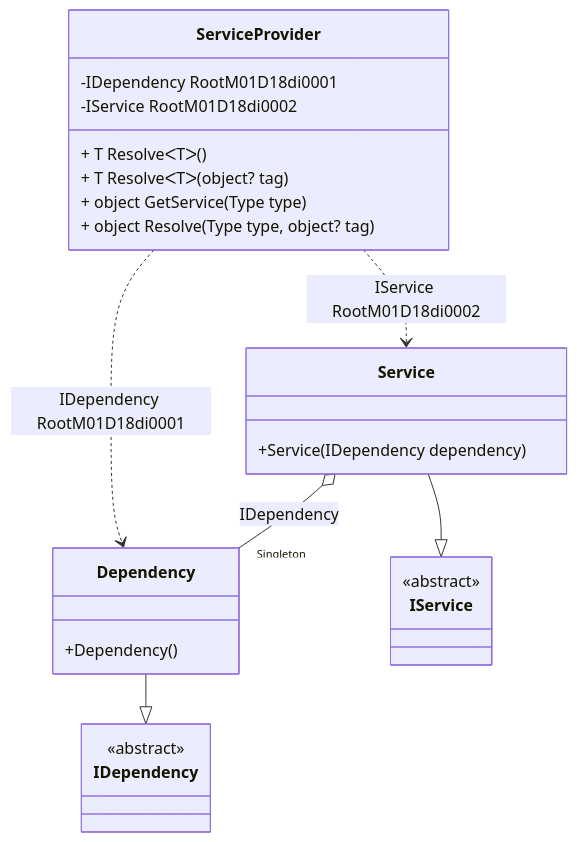
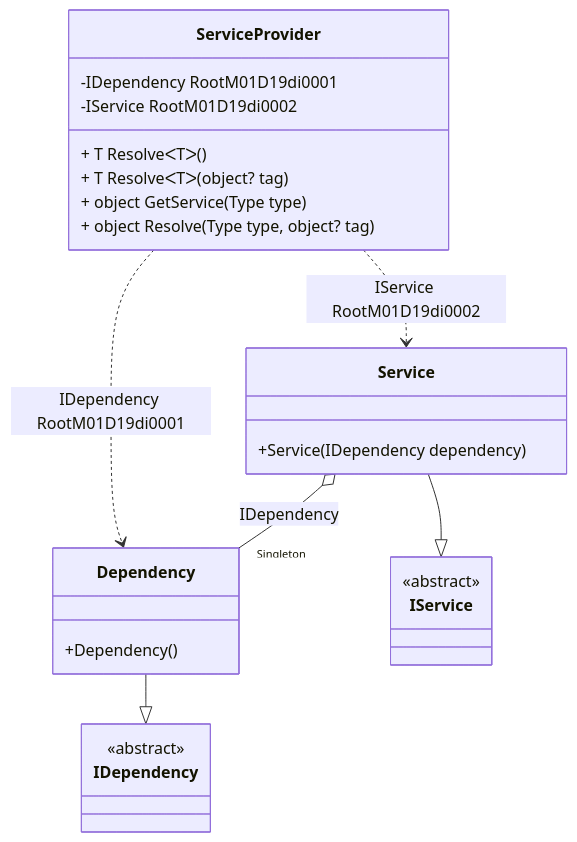
Before and after one commit to DevTeam/Pure.DI: the diagram in readme/service-provider.md, drawn with Mermaid. The commit also changed other lines of this file and 113 other files, not shown here.

````diff
--- a/readme/service-provider.md
+++ b/readme/service-provider.md
@@ -46,28 +46,28 @@
 ```mermaid
 classDiagram
   class ServiceProvider {
-    -IDependency RootM01D18di0001
-    -IService RootM01D18di0002
+    -IDependency RootM01D19di0001
+    -IService RootM01D19di0002
     + T ResolveᐸTᐳ()
     + T ResolveᐸTᐳ(object? tag)
     + object GetService(Type type)
     + object Resolve(Type type, object? tag)
   }
   Dependency --|> IDependency : 
   class Dependency {
     +Dependency()
   }
   Service --|> IService : 
   class Service {
     +Service(IDependency dependency)
   }
   class IDependency {
     <<abstract>>
   }
   class IService {
     <<abstract>>
   }
   Service o--  "Singleton" Dependency : IDependency
-  ServiceProvider ..> Dependency : IDependency RootM01D18di0001
-  ServiceProvider ..> Service : IService RootM01D18di0002
+  ServiceProvider ..> Dependency : IDependency RootM01D19di0001
+  ServiceProvider ..> Service : IService RootM01D19di0002
 ```
````
